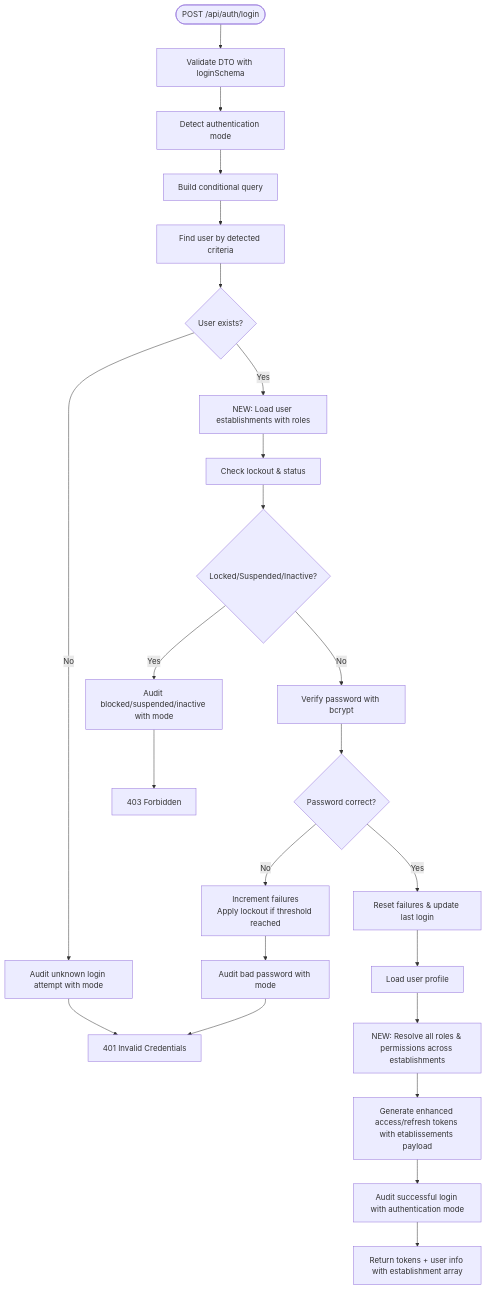
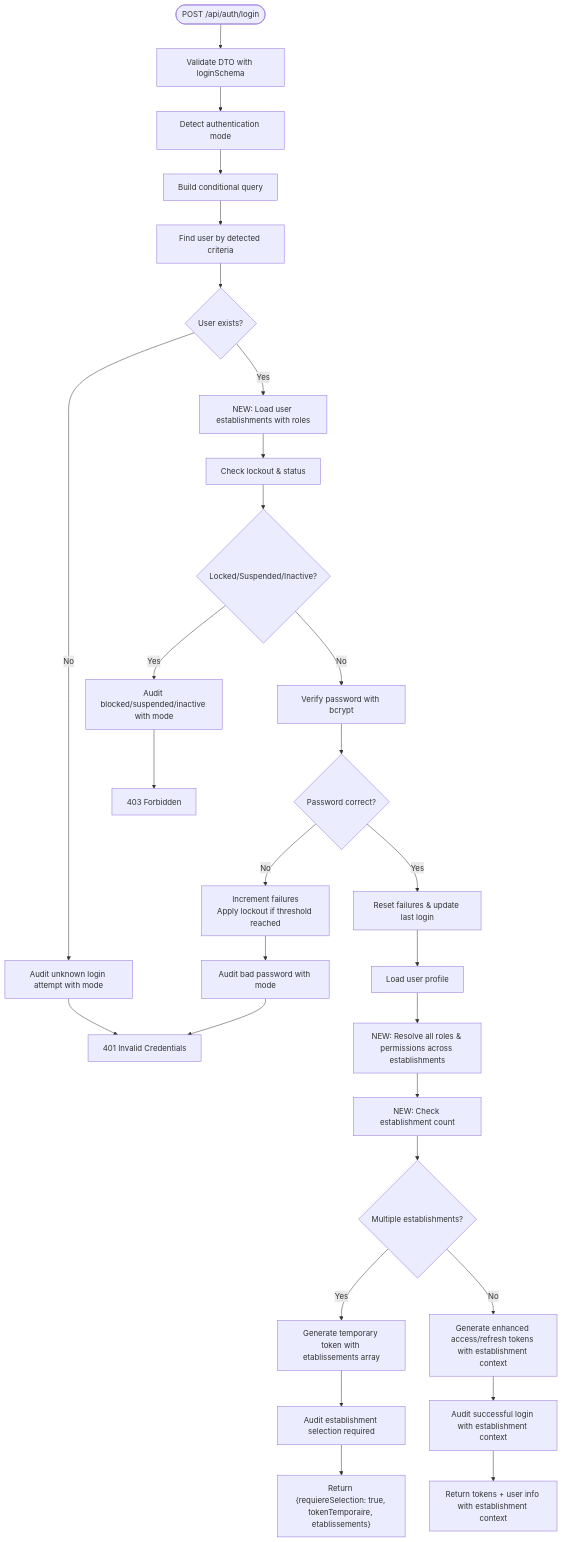
Before and after one commit to franckylab/eLISAschool: the eighth of 13 diagrams in .qoder/repowiki/en/content/Authentication & Authorization/Authentication Flow.md, drawn with Mermaid. The commit also changed other lines of this file and 281 other files, not shown here.

````diff
--- a/.qoder/repowiki/en/content/Authentication & Authorization/Authentication Flow.md
+++ b/.qoder/repowiki/en/content/Authentication & Authorization/Authentication Flow.md
@@ -564,22 +823,27 @@
 ```mermaid
 flowchart TD
 Start(["POST /api/auth/login"]) --> Validate["Validate DTO with loginSchema"]
 Validate --> DetectMode["Detect authentication mode"]
 DetectMode --> BuildQuery["Build conditional query"]
 BuildQuery --> FindUser["Find user by detected criteria"]
 FindUser --> Exists{"User exists?"}
 Exists --> |No| LogUnknown["Audit unknown login attempt with mode"] --> Err401["401 Invalid Credentials"]
 Exists --> |Yes| LoadEstablishments["NEW: Load user establishments with roles"]
 LoadEstablishments --> CheckLock["Check lockout & status"]
 CheckLock --> Locked{"Locked/Suspended/Inactive?"}
 Locked --> |Yes| LogBlocked["Audit blocked/suspended/inactive with mode"] --> Err403["403 Forbidden"]
 Locked --> |No| VerifyPwd["Verify password with bcrypt"]
 VerifyPwd --> PwdOK{"Password correct?"}
 PwdOK --> |No| IncFail["Increment failures<br/>Apply lockout if threshold reached"] --> LogBadPwd["Audit bad password with mode"] --> Err401
 PwdOK --> |Yes| ResetFail["Reset failures & update last login"]
 ResetFail --> LoadProfile["Load user profile"]
 LoadProfile --> ResolveRBAC["NEW: Resolve all roles & permissions across establishments"]
-ResolveRBAC --> GenTokens["Generate enhanced access/refresh tokens with etablissements payload"]
-GenTokens --> AuditOK["Audit successful login with authentication mode"]
-AuditOK --> Return["Return tokens + user info with establishment array"]
+ResolveRBAC --> CheckEstablishments["NEW: Check establishment count"]
+CheckEstablishments --> Multiple{"Multiple establishments?"}
+Multiple --> |Yes| GenTempToken["Generate temporary token with etablissements array"]
+GenTempToken --> AuditSelect["Audit establishment selection required"]
+AuditSelect --> ReturnSelect["Return {requiereSelection: true, tokenTemporaire, etablissements}"]
+Multiple --> |No| GenTokens["Generate enhanced access/refresh tokens with establishment context"]
+GenTokens --> AuditOK["Audit successful login with establishment context"]
+AuditOK --> Return["Return tokens + user info with establishment context"]
 ```
````
